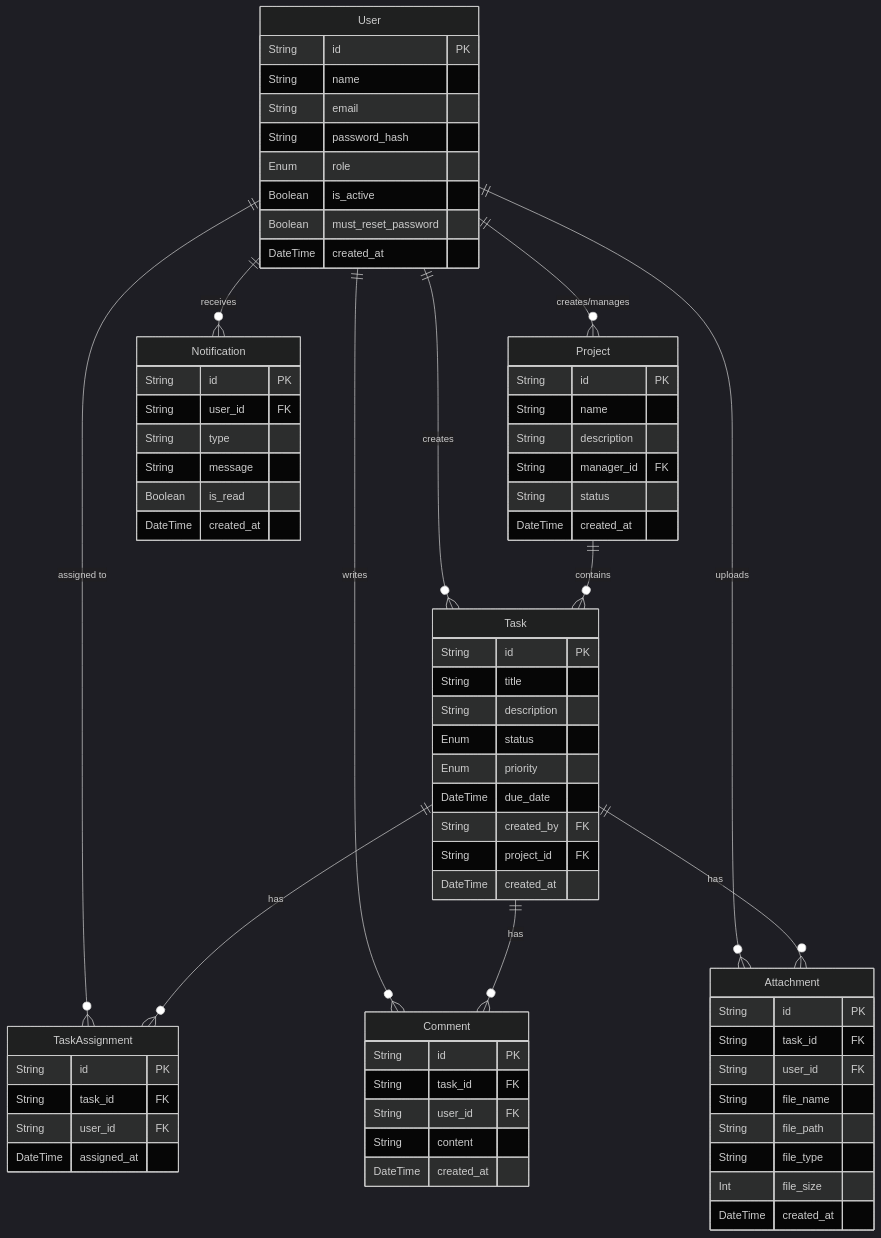
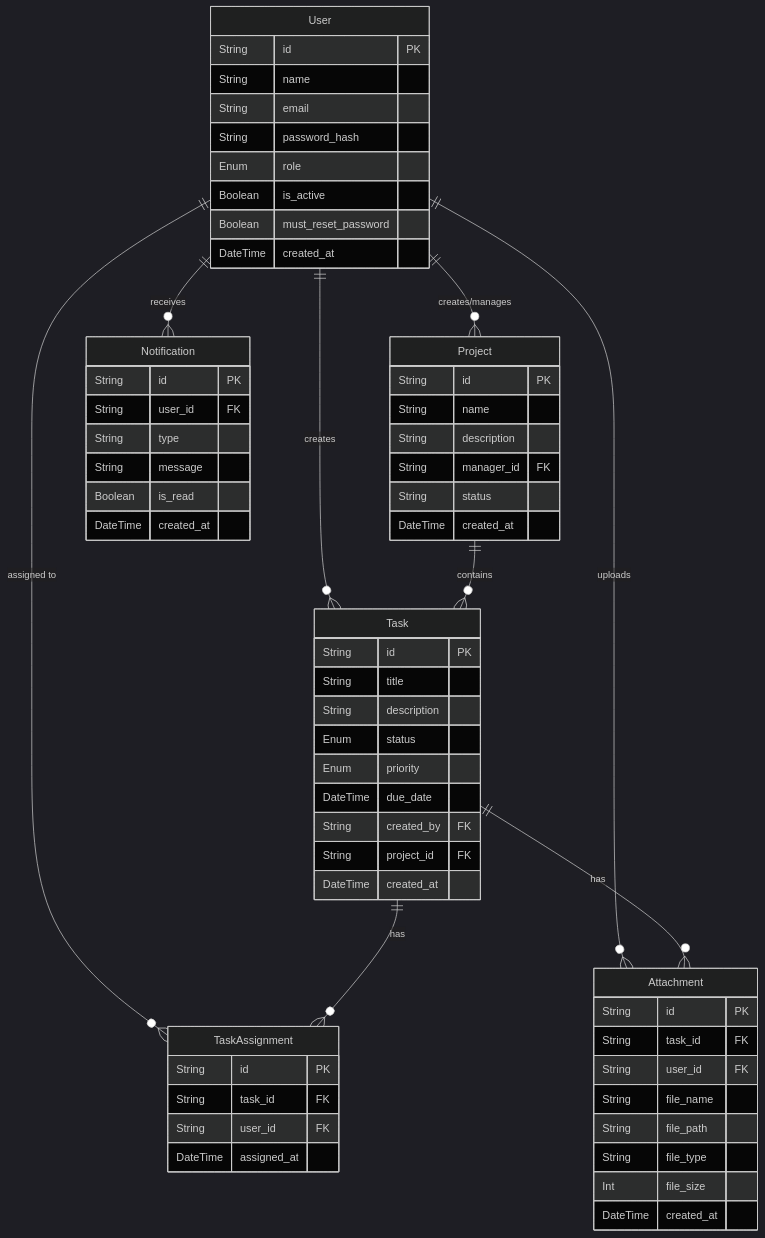
One commit to salomsanjeriel/Task-Management-System-New changed the diagram in README.md. Above: the diagram before and after it, drawn with Mermaid (dark theme). The commit also changed 2 other files, not shown here.

Commit message:
chore: replace ER_Diagram.png with updated db-diagram.png

````diff
--- a/README.md
+++ b/README.md
@@ -19,82 +19,74 @@
 ```mermaid
 erDiagram
     User ||--o{ Project : "creates/manages"
     User ||--o{ Task : "creates"
     User ||--o{ TaskAssignment : "assigned to"
-    User ||--o{ Comment : "writes"
     User ||--o{ Attachment : "uploads"
     User ||--o{ Notification : "receives"
     
     Project ||--o{ Task : "contains"
     
     Task ||--o{ TaskAssignment : "has"
-    Task ||--o{ Comment : "has"
     Task ||--o{ Attachment : "has"
 
     User {
         String id PK
         String name
         String email
         String password_hash
         Enum role
         Boolean is_active
         Boolean must_reset_password
         DateTime created_at
     }
 
     Project {
         String id PK
         String name
         String description
         String manager_id FK
         String status
         DateTime created_at
     }
 
     Task {
         String id PK
         String title
         String description
         Enum status
         Enum priority
         DateTime due_date
         String created_by FK
         String project_id FK
         DateTime created_at
     }
 
     TaskAssignment {
         String id PK
         String task_id FK
         String user_id FK
         DateTime assigned_at
     }
 
-    Comment {
-        String id PK
-        String task_id FK
-        String user_id FK
-        String content
-        DateTime created_at
-    }
+    
 
     Notification {
         String id PK
         String user_id FK
         String type
         String message
         Boolean is_read
         DateTime created_at
     }
 
     Attachment {
         String id PK
         String task_id FK
         String user_id FK
         String file_name
         String file_path
         String file_type
         Int file_size
         DateTime created_at
     }
 ```
````
